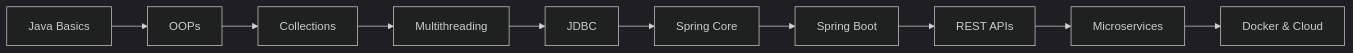
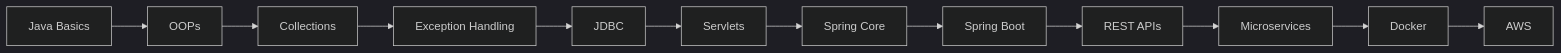
Before and after one commit to Nksnaveenks/Nksnaveenks: the diagram in README.md, drawn with Mermaid (dark theme). The commit also changed other lines of this file, not shown here.

````diff
--- a/README.md
+++ b/README.md
@@ -173,12 +185,14 @@
 ```mermaid
 graph LR
 A[Java Basics] --> B[OOPs]
 B --> C[Collections]
-C --> D[Multithreading]
+C --> D[Exception Handling]
 D --> E[JDBC]
-E --> F[Spring Core]
-F --> G[Spring Boot]
-G --> H[REST APIs]
-H --> I[Microservices]
-I --> J[Docker & Cloud]
+E --> F[Servlets]
+F --> G[Spring Core]
+G --> H[Spring Boot]
+H --> I[REST APIs]
+I --> J[Microservices]
+J --> K[Docker]
+K --> L[AWS]
 ```
````
